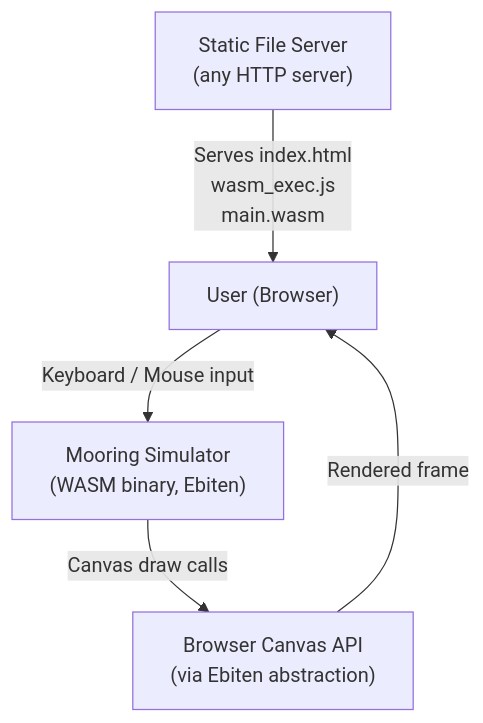
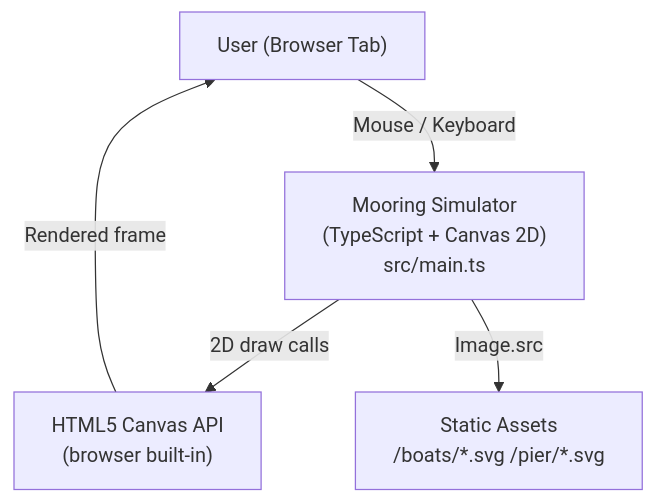
Before and after one commit to Hexo4yxaBP/mooring-simulator: the first of 3 diagrams in docs/Design/architecture.md, drawn with Mermaid. The commit also changed other lines of this file and 19 other files, not shown here.

````diff
--- a/docs/Design/architecture.md
+++ b/docs/Design/architecture.md
@@ -25,12 +29,12 @@
 ```mermaid
 graph TB
-    User["User (Browser)"]
-    App["Mooring Simulator\n(WASM binary, Ebiten)"]
-    Browser["Browser Canvas API\n(via Ebiten abstraction)"]
-    FS["Static File Server\n(any HTTP server)"]
+    User["User (Browser Tab)"]
+    App["Mooring Simulator\n(TypeScript + Canvas 2D)\nsrc/main.ts"]
+    Canvas["HTML5 Canvas API\n(browser built-in)"]
+    Assets["Static Assets\n/boats/*.svg  /pier/*.svg"]
 
-    FS -->|"Serves index.html\nwasm_exec.js\nmain.wasm"| User
-    User -->|"Keyboard / Mouse input"| App
-    App -->|"Canvas draw calls"| Browser
-    Browser -->|"Rendered frame"| User
+    User -->|"Mouse / Keyboard"| App
+    App -->|"2D draw calls"| Canvas
+    Canvas -->|"Rendered frame"| User
+    App -->|"Image.src"| Assets
 ```
````
